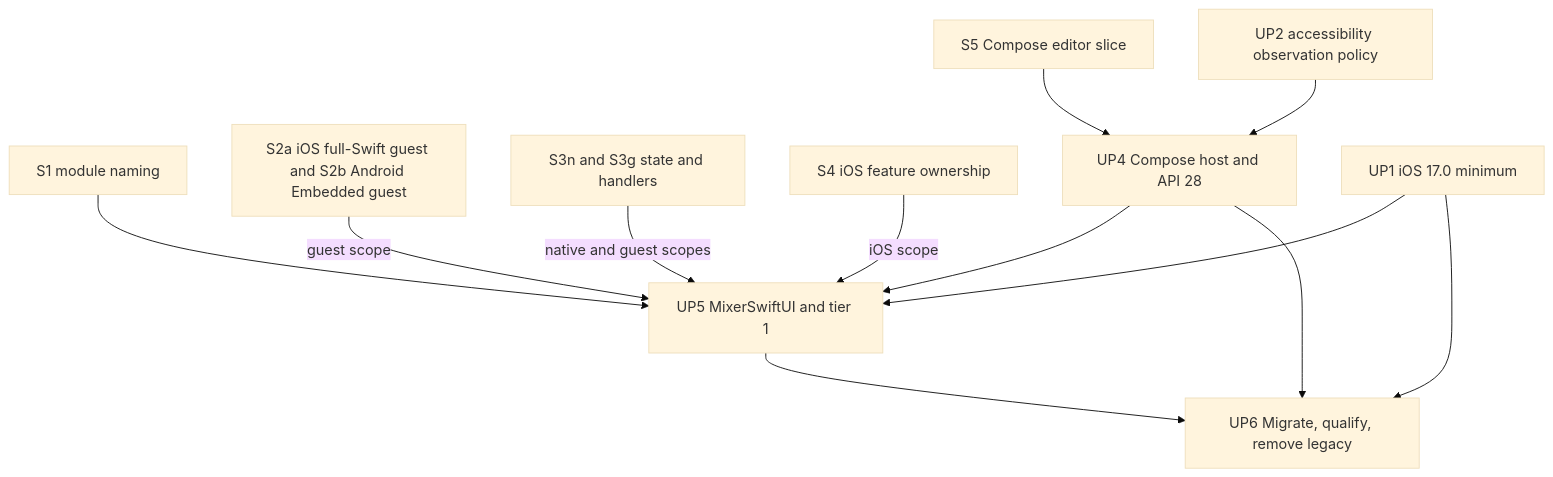
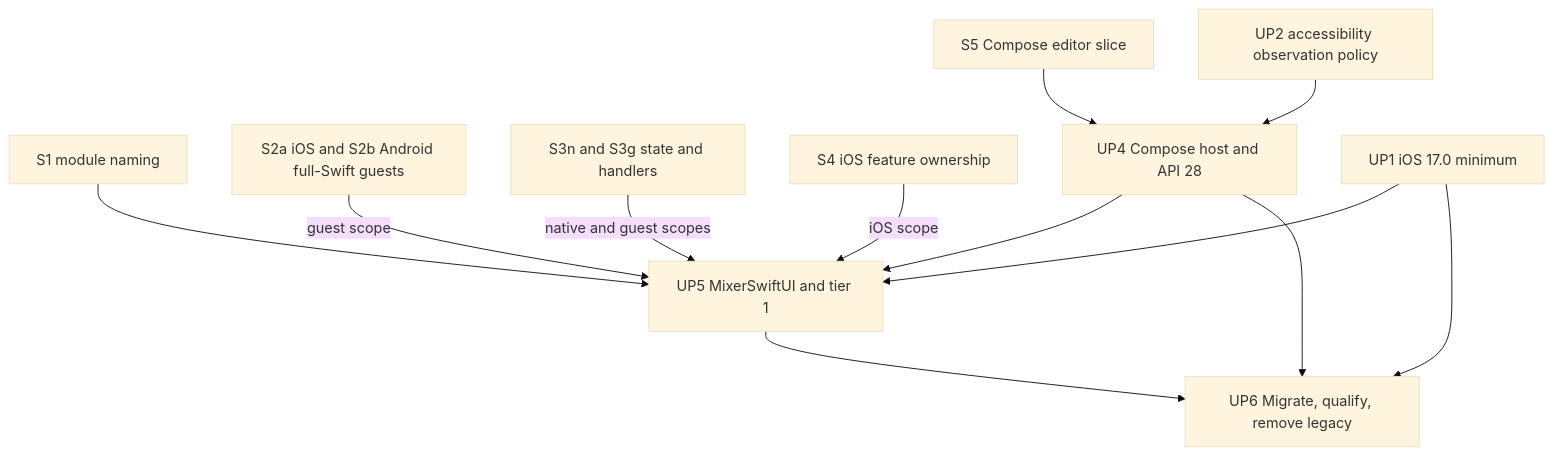
The third of 3 diagrams in mixer-product-plan.md (snowdamiz/mixer), drawn with Mermaid (base theme) before and after one commit. The commit also changed other lines of this file and 5 other files, not shown here.

First line of the commit message:
Use the full-Swift update profile on Android too and close review gaps

````diff
--- a/mixer-product-plan.md
+++ b/mixer-product-plan.md
@@ -1050,14 +1053,14 @@
 ```mermaid
 flowchart TD
   S1[S1 module naming] --> UP5
-  S2[S2a iOS full-Swift guest and S2b Android Embedded guest] -->|guest scope| UP5
+  S2[S2a iOS and S2b Android full-Swift guests] -->|guest scope| UP5
   S3[S3n and S3g state and handlers] -->|native and guest scopes| UP5
   S4[S4 iOS feature ownership] -->|iOS scope| UP5
   S5[S5 Compose editor slice] --> UP4
   UP2[UP2 accessibility observation policy] --> UP4[UP4 Compose host and API 28]
   UP1[UP1 iOS 17.0 minimum] --> UP5
   UP4 --> UP5[UP5 MixerSwiftUI and tier 1]
   UP1 --> UP6
   UP4 --> UP6[UP6 Migrate, qualify, remove legacy]
   UP5 --> UP6
 ```
````
